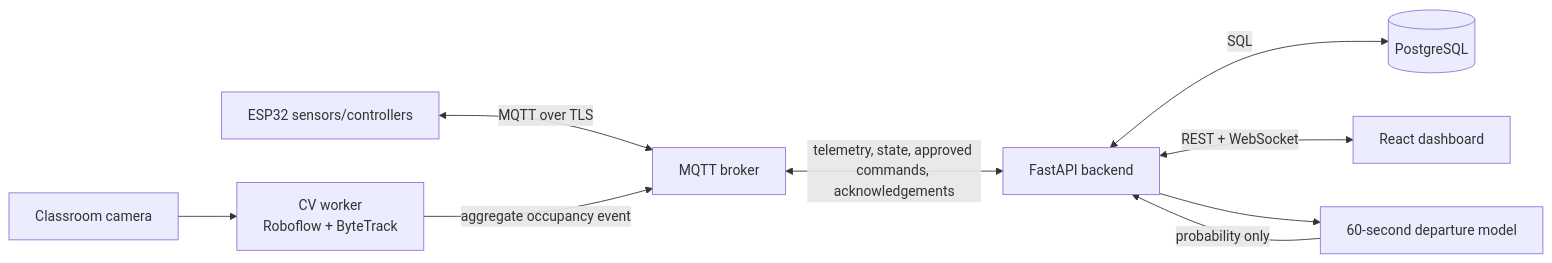
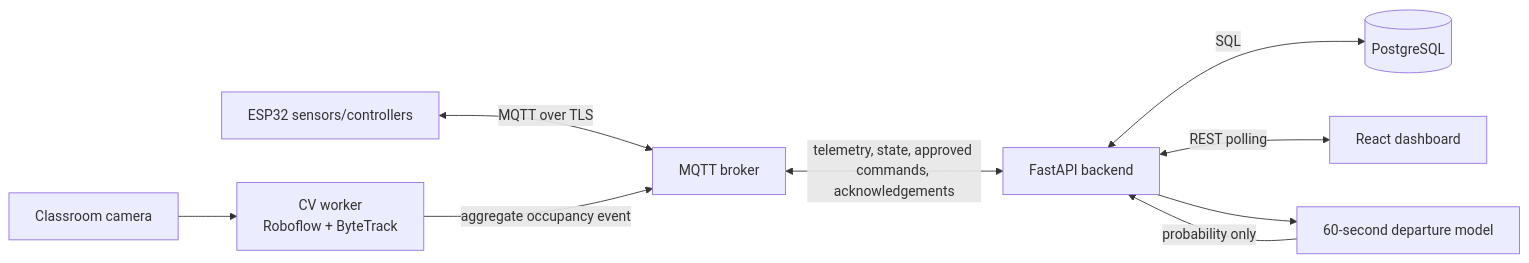
The first of 2 diagrams in docs/architecture.md (JustinKoo-ui/ai-classroom-energy-optimizer), drawn with Mermaid before and after one commit. The commit also changed other lines of this file and 36 other files, not shown here.

First line of the commit message:
Simplify dashboard polling and remove unused scaffolding

````diff
--- a/docs/architecture.md
+++ b/docs/architecture.md
@@ -22,11 +23,11 @@
 ```mermaid
 flowchart LR
     Camera["Classroom camera"] --> CV["CV worker<br/>Roboflow + ByteTrack"]
     Sensors["ESP32 sensors/controllers"] <-->|"MQTT over TLS"| Broker["MQTT broker"]
     CV -->|"aggregate occupancy event"| Broker
     Broker <-->|"telemetry, state, approved commands, acknowledgements"| API["FastAPI backend"]
     API <-->|"SQL"| DB[("PostgreSQL")]
-    API <-->|"REST + WebSocket"| UI["React dashboard"]
+    API <-->|"REST polling"| UI["React dashboard"]
     API --> Predict["60-second departure model"]
     Predict -->|"probability only"| API
 ```
````
